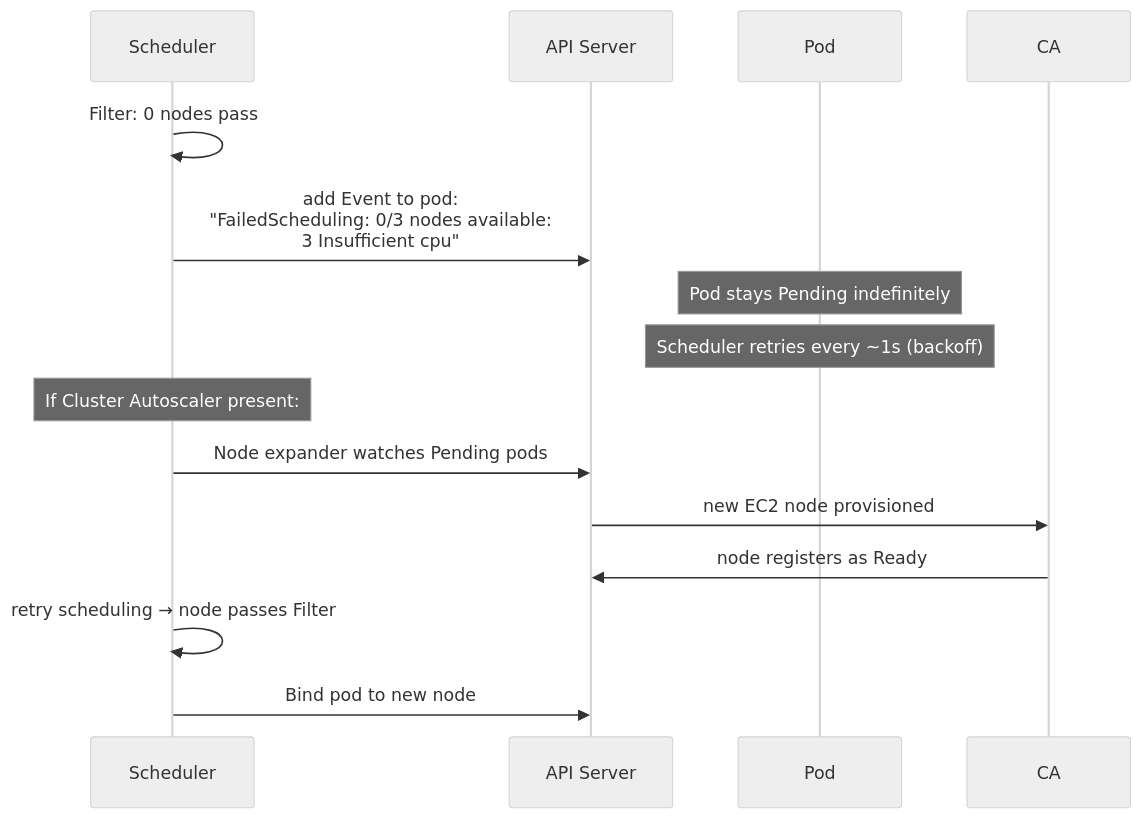
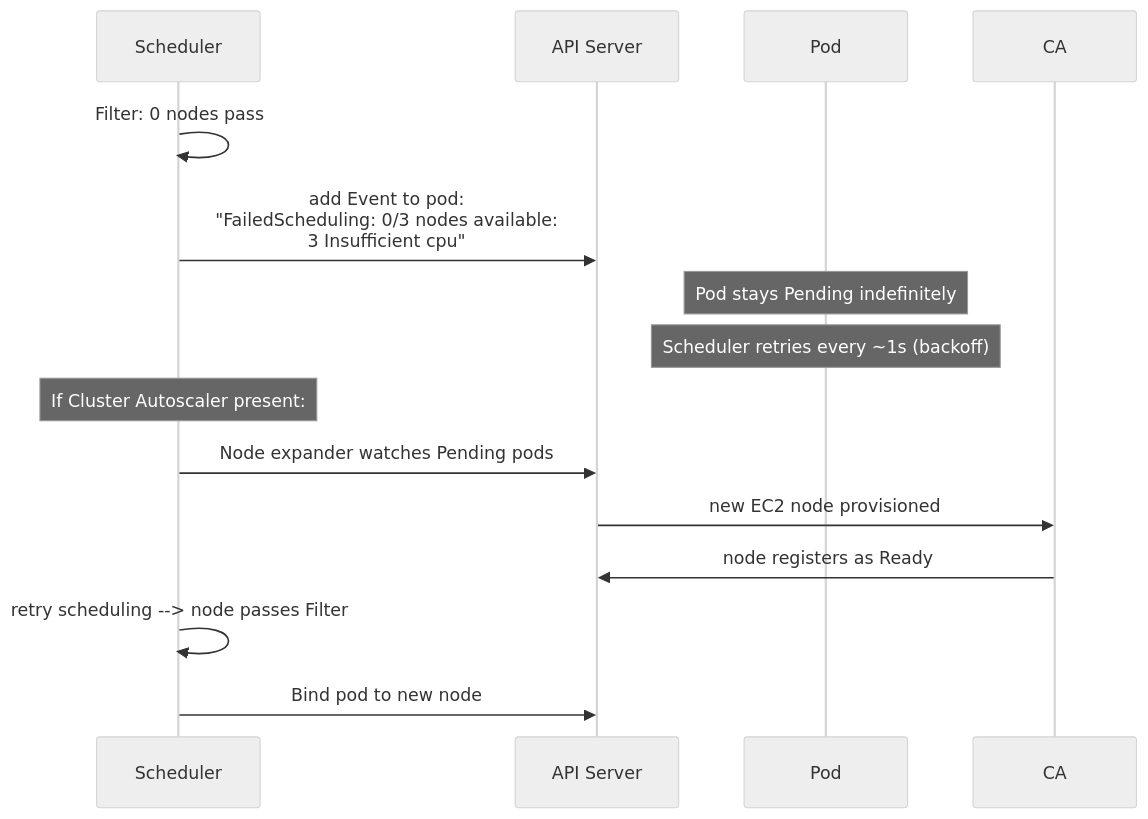
One commit to deepanshu-rawat6/tour-of-go changed the fourth of 5 diagrams in devops/kubernetes/scheduler-internals.md. Above: the diagram before and after it, drawn with Mermaid (neutral theme). The commit also changed other lines of this file and 25 other files, not shown here.

````diff
--- a/devops/kubernetes/scheduler-internals.md
+++ b/devops/kubernetes/scheduler-internals.md
@@ -74,18 +74,18 @@
 ```mermaid
 sequenceDiagram
     participant SCHED as Scheduler
     participant API as API Server
     participant POD as Pod
 
     SCHED->>SCHED: Filter: 0 nodes pass
     SCHED->>API: add Event to pod:<br>"FailedScheduling: 0/3 nodes available:<br>3 Insufficient cpu"
     Note over POD: Pod stays Pending indefinitely
     Note over POD: Scheduler retries every ~1s (backoff)
 
     Note over SCHED: If Cluster Autoscaler present:
     SCHED->>API: Node expander watches Pending pods
     API->>CA: new EC2 node provisioned
     CA->>API: node registers as Ready
-    SCHED->>SCHED: retry scheduling → node passes Filter
+    SCHED->>SCHED: retry scheduling --> node passes Filter
     SCHED->>API: Bind pod to new node
 ```
````
